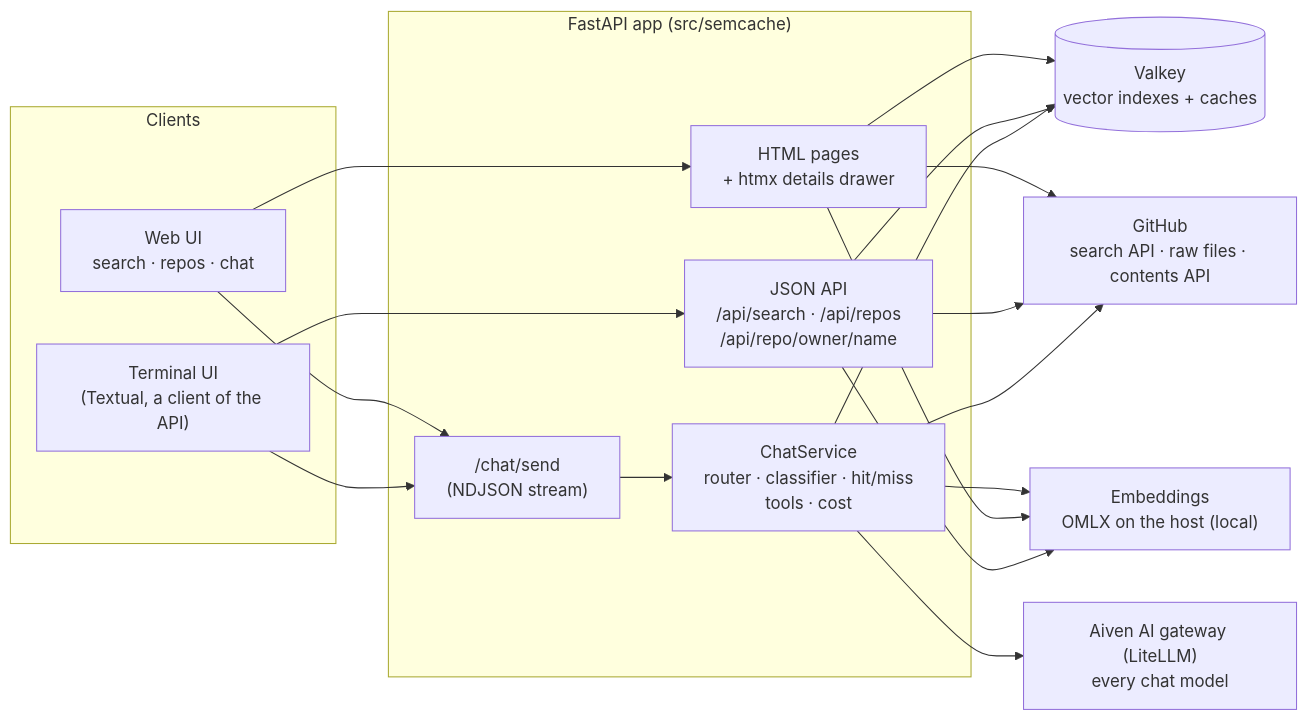
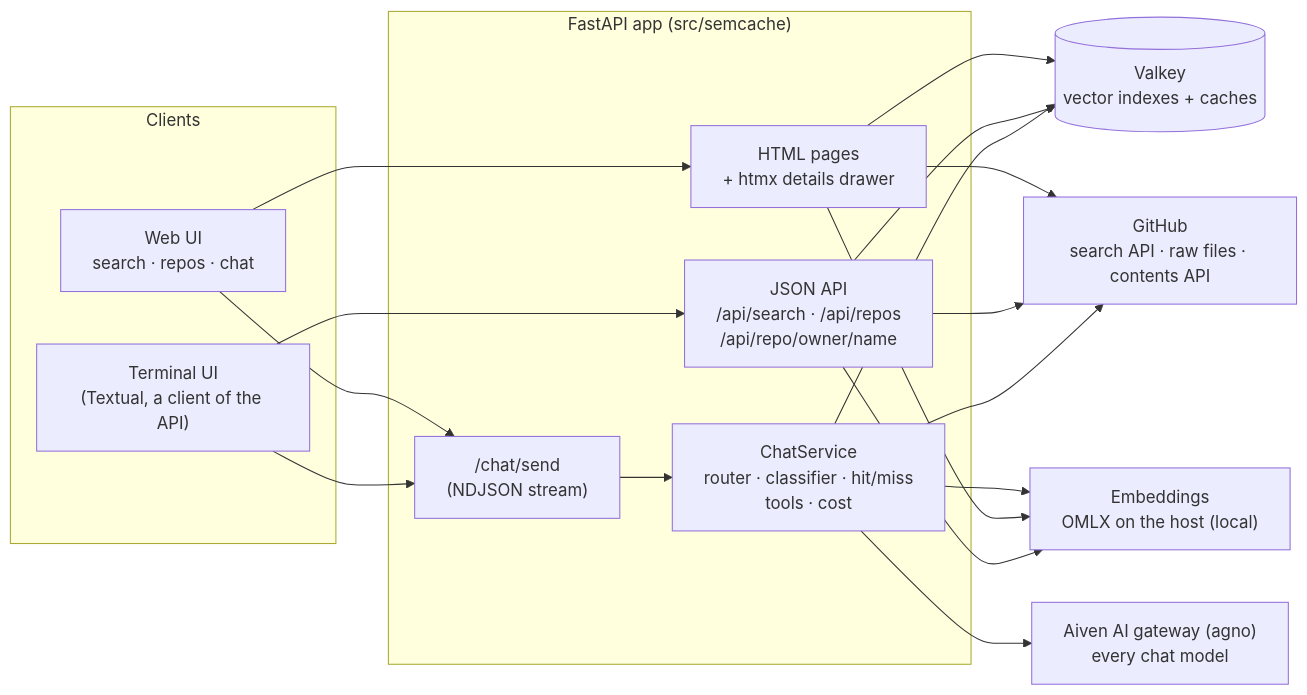
The first of 8 diagrams in docs/flow.md (Aiven-Labs/semantic-cache-python-run-on-runtime-demo), drawn with Mermaid before and after one commit. The commit also changed other lines of this file and 11 other files, not shown here.

First line of the commit message:
docs: seeding and cool-down diagrams, PNG renders, gateway is agno

````diff
--- a/docs/flow.md
+++ b/docs/flow.md
@@ -17,35 +18,35 @@
 ```mermaid
 flowchart LR
   subgraph Clients
     WEB["Web UI<br/>search · repos · chat"]
     TUI["Terminal UI<br/>(Textual, a client of the API)"]
   end
 
   subgraph APP["FastAPI app (src/semcache)"]
     PAGES["HTML pages<br/>+ htmx details drawer"]
     API["JSON API<br/>/api/search · /api/repos<br/>/api/repo/owner/name"]
     CHATEP["/chat/send<br/>(NDJSON stream)"]
     SVC["ChatService<br/>router · classifier · hit/miss<br/>tools · cost"]
   end
 
   VK[("Valkey<br/>vector indexes + caches")]
   EMB["Embeddings<br/>OMLX on the host (local)"]
-  GW["Aiven AI gateway (LiteLLM)<br/>every chat model"]
+  GW["Aiven AI gateway (agno)<br/>every chat model"]
   GH["GitHub<br/>search API · raw files · contents API"]
 
   WEB --> PAGES
   WEB --> CHATEP
   TUI --> API
   TUI --> CHATEP
   PAGES --> VK
   API --> VK
   PAGES --> GH
   API --> GH
   CHATEP --> SVC
   SVC --> VK
   SVC --> EMB
   SVC --> GW
   SVC --> GH
   PAGES --> EMB
   API --> EMB
 ```
````
